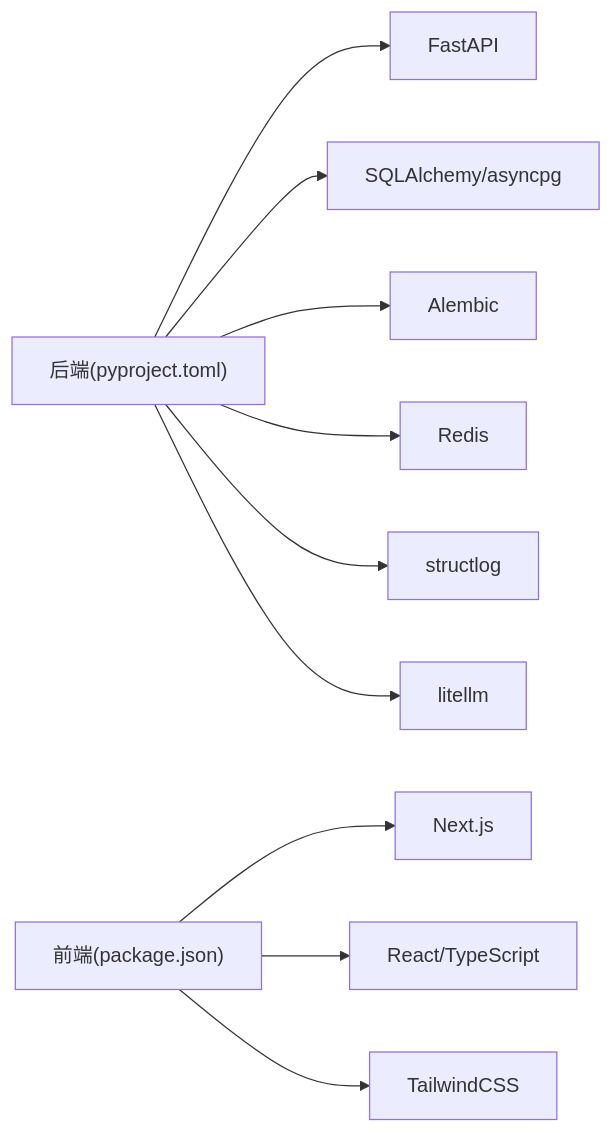
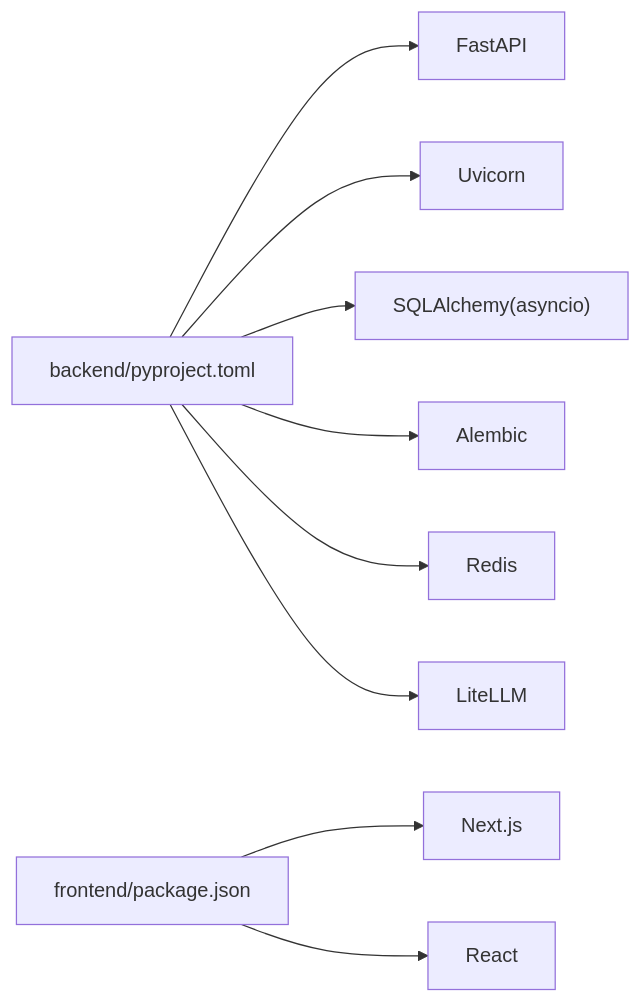
One commit to sansansansansan2022-web/hotclaw changed the seventh of 7 diagrams in .qoder/repowiki/zh/content/部署指南/部署指南.md. Above: the diagram before and after it, drawn with Mermaid. The commit also changed other lines of this file and 288 other files, not shown here.

````diff
--- a/.qoder/repowiki/zh/content/部署指南/部署指南.md
+++ b/.qoder/repowiki/zh/content/部署指南/部署指南.md
@@ -295,12 +309,11 @@
 ```mermaid
 graph LR
-BE["后端(pyproject.toml)"] --> FA["FastAPI"]
-BE --> SQ["SQLAlchemy/asyncpg"]
-BE --> AL["Alembic"]
-BE --> RS["Redis"]
-BE --> SL["structlog"]
-BE --> LM["litellm"]
-FE["前端(package.json)"] --> NX["Next.js"]
-FE --> RT["React/TypeScript"]
-FE --> TW["TailwindCSS"]
+PY["backend/pyproject.toml"] --> FASTAPI["FastAPI"]
+PY --> UVICORN["Uvicorn"]
+PY --> SQLA["SQLAlchemy(asyncio)"]
+PY --> ALEMBIC["Alembic"]
+PY --> REDIS["Redis"]
+PY --> LITELLM["LiteLLM"]
+FE_PKG["frontend/package.json"] --> NEXT["Next.js"]
+FE_PKG --> REACT["React"]
 ```
````
